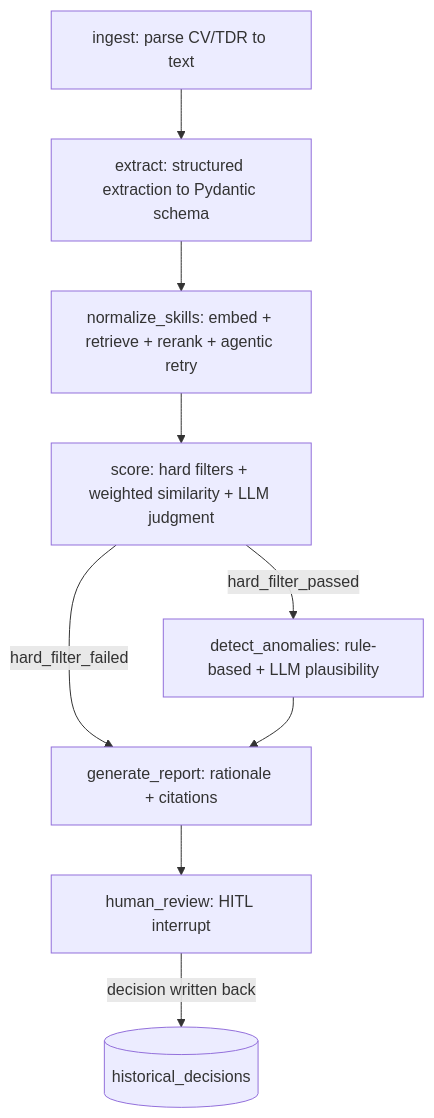
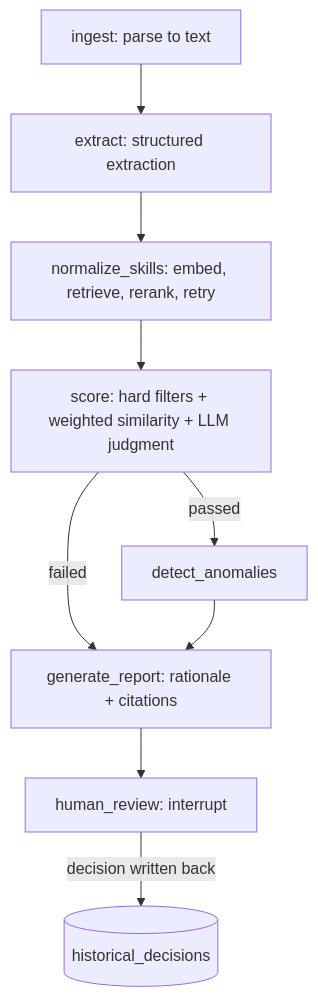
Before and after one commit to yassine-krichen/adequia-tender-expert-matching: the second of 2 diagrams in README.md, drawn with Mermaid. The commit also changed other lines of this file and 1 other file, not shown here.

````diff
--- a/README.md
+++ b/README.md
@@ -58,11 +84,11 @@
 ```mermaid
 graph TD
-    ingest[ingest: parse CV/TDR to text] --> extract[extract: structured extraction to Pydantic schema]
-    extract --> normalize[normalize_skills: embed + retrieve + rerank + agentic retry]
+    ingest[ingest: parse to text] --> extract[extract: structured extraction]
+    extract --> normalize[normalize_skills: embed, retrieve, rerank, retry]
     normalize --> score[score: hard filters + weighted similarity + LLM judgment]
-    score -->|hard_filter_passed| anomalies[detect_anomalies: rule-based + LLM plausibility]
-    score -->|hard_filter_failed| report[generate_report: rationale + citations]
+    score -->|passed| anomalies[detect_anomalies]
+    score -->|failed| report[generate_report: rationale + citations]
     anomalies --> report
-    report --> review[human_review: HITL interrupt]
+    report --> review[human_review: interrupt]
     review -->|decision written back| historical[(historical_decisions)]
 ```
````
